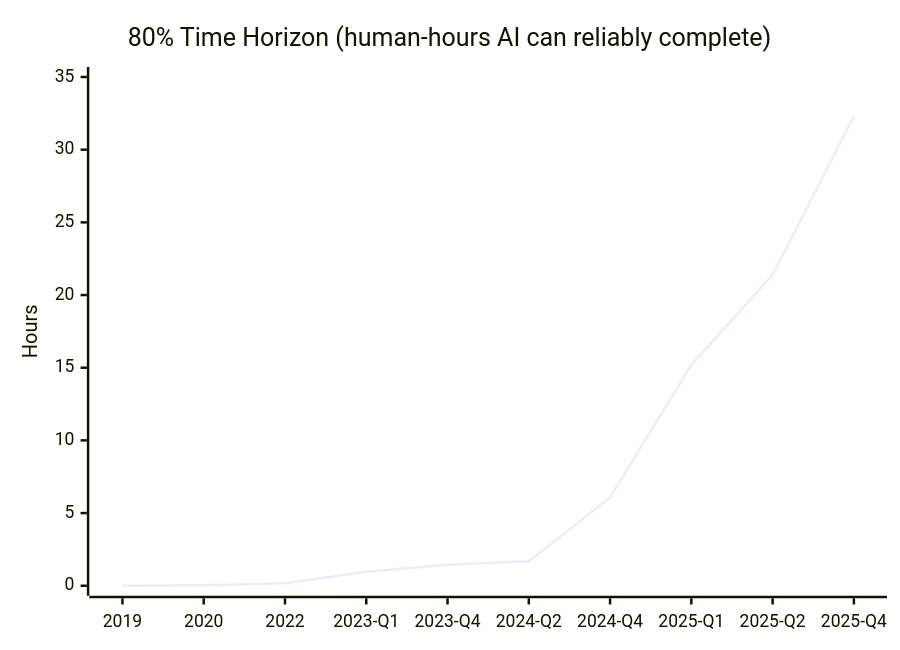
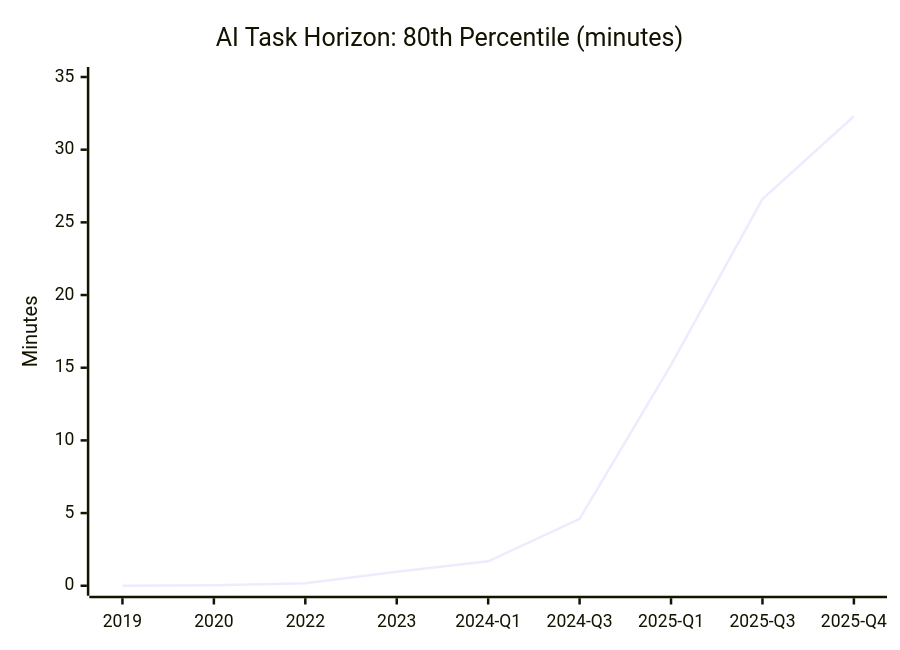
One commit to pasky/grand-endeavors changed the first of 2 diagrams in pilot-2025/robots-software.md. Above: the diagram before and after it, drawn with Mermaid. The commit also changed other lines of this file, not shown here.

````diff
--- a/pilot-2025/robots-software.md
+++ b/pilot-2025/robots-software.md
@@ -37,7 +37,7 @@
 ```mermaid
 xychart-beta
-    title "80% Time Horizon (human-hours AI can reliably complete)"
-    x-axis ["2019", "2020", "2022", "2023-Q1", "2023-Q4", "2024-Q2", "2024-Q4", "2025-Q1", "2025-Q2", "2025-Q4"]
-    y-axis "Hours" 0 --> 35
-    line [0.006, 0.03, 0.17, 0.97, 1.45, 1.68, 6.07, 15.2, 21.4, 32.3]
+    title "AI Task Horizon: 80th Percentile (minutes)"
+    x-axis [2019, 2020, 2022, 2023, 2024-Q1, 2024-Q3, 2025-Q1, 2025-Q3, 2025-Q4]
+    y-axis "Minutes" 0 --> 35
+    line [0.006, 0.03, 0.17, 0.97, 1.68, 4.60, 15.2, 26.6, 32.3]
 ```
````
